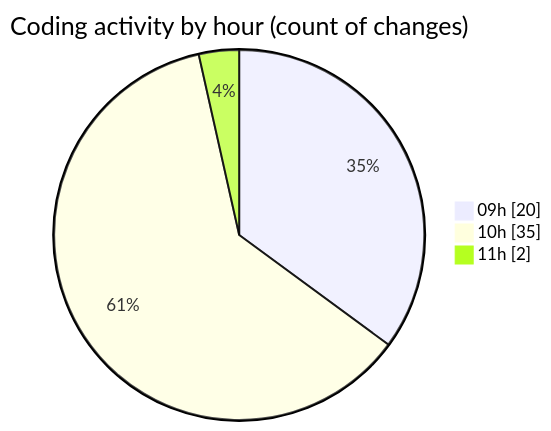
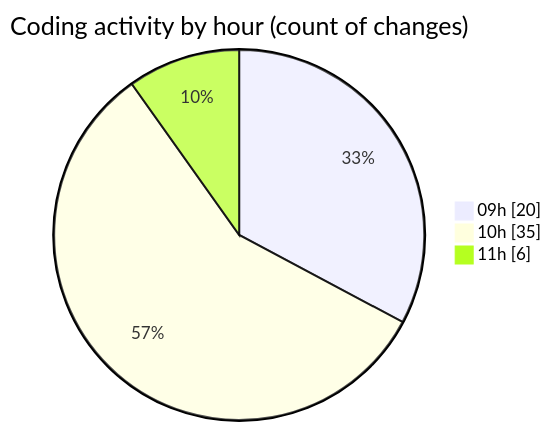
One commit to CELIANVF/code-tracking changed the second of 2 diagrams in 2025-06-10/ecodeli-1/README.md. Above: the diagram before and after it, drawn with Mermaid. The commit also changed other lines of this file and 1 other file, not shown here.

````diff
--- a/2025-06-10/ecodeli-1/README.md
+++ b/2025-06-10/ecodeli-1/README.md
@@ -54,7 +56,7 @@
 ```mermaid
 pie showData
 title Coding activity by hour (count of changes)
 "09h" : 20
 "10h" : 35
-"11h" : 2
+"11h" : 6
 ```
````
